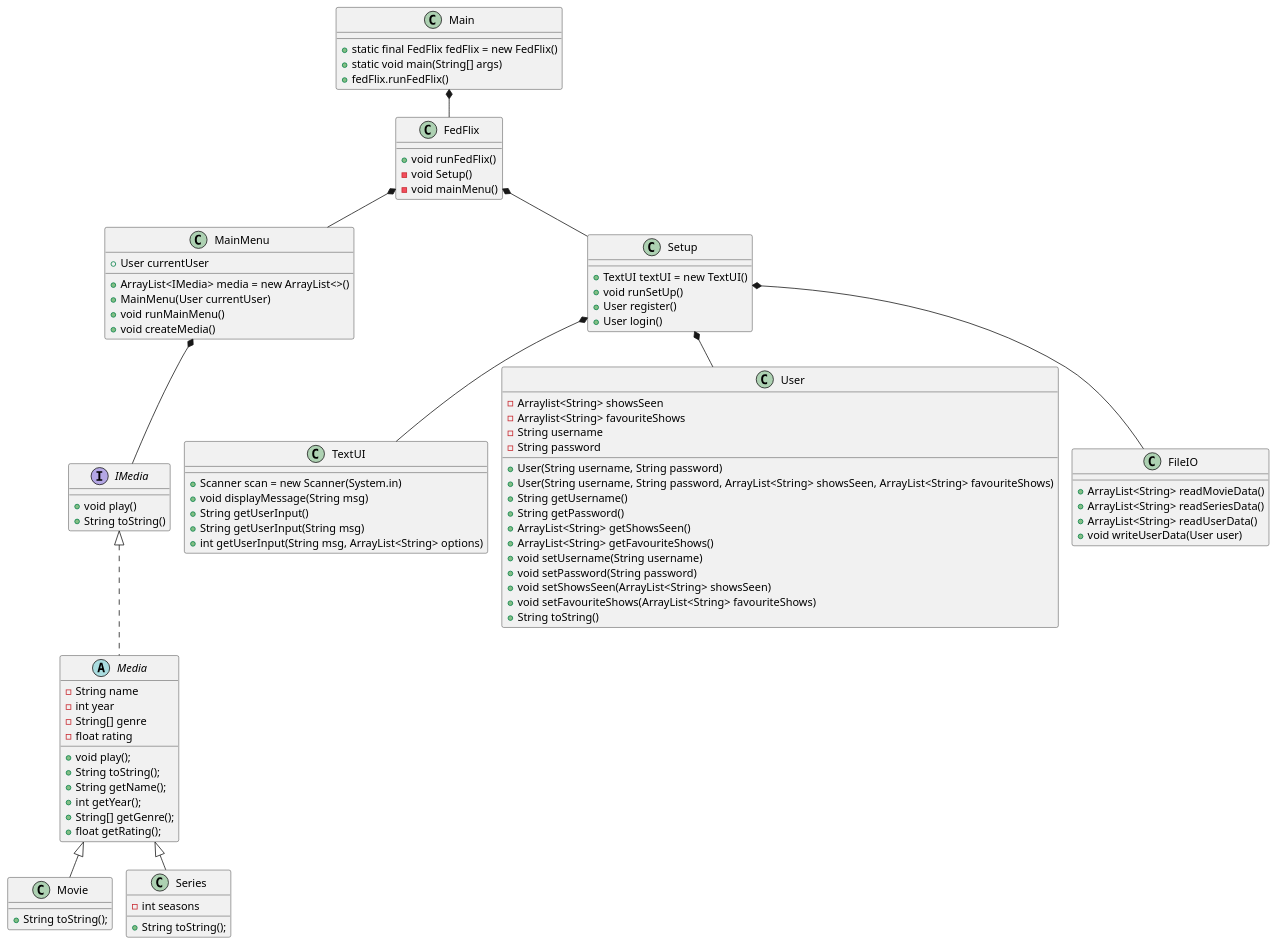
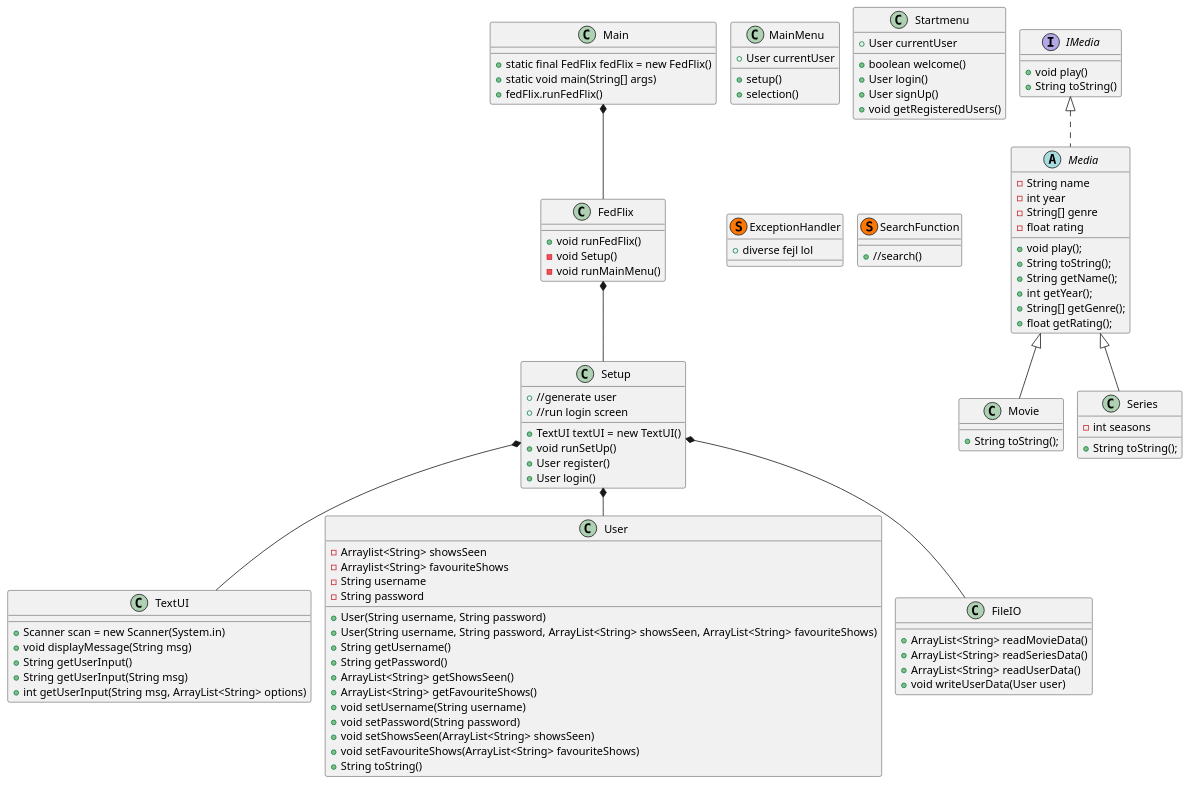
Before and after one commit to Sebbedeb/SP3---Streaming-Service: the diagram in SP03/Documentation/Class Diagram.puml, drawn with PlantUML.

Commit message:
Revert "Update Class Diagram.puml"
This reverts commit 3fe2bbeae2315a3f8260d3d0a1e2c8b33c112db8.

```diff
--- a/SP03/Documentation/Class Diagram.puml
+++ b/SP03/Documentation/Class Diagram.puml
@@ -1,104 +1,108 @@
 @startuml
 'https://plantuml.com/class-diagram
 !pragma layout smetana
 
 class Main
 class MainMenu
+class Startmenu
 class TextUI
 class User
 class FileIO
-/'class ExceptionHandler << (S,#FF7700) >>'/
+class ExceptionHandler << (S,#FF7700) >>
 abstract class Media implements IMedia
 class Movie extends Media
 class Series extends Media
-/'class SearchFunction << (S,#FF7700) >>'/
+class SearchFunction << (S,#FF7700) >>
 class MainMenu
 class FedFlix
 class Setup
 
 Main *-- FedFlix
 FedFlix *-- Setup
-
 Setup *-- User
 Setup *-- FileIO
 Setup *-- TextUI
-
-FedFlix *-- MainMenu
-MainMenu *--IMedia
 
 Main : + static final FedFlix fedFlix = new FedFlix()
 Main : + static void main(String[] args)
 Main : + fedFlix.runFedFlix()
 
 FedFlix : + void runFedFlix()
 FedFlix : - void Setup()
-FedFlix : - void mainMenu()
-
+FedFlix : - void runMainMenu()
 
 Setup : + TextUI textUI = new TextUI()
 Setup : + void runSetUp()
 Setup : + User register()
 Setup : + User login()
 
 
 MainMenu : + User currentUser
-MainMenu : + ArrayList<IMedia> media = new ArrayList<>()
-MainMenu : + MainMenu(User currentUser)
-MainMenu : + void runMainMenu()
-MainMenu : + void createMedia()
+MainMenu : + setup()
+MainMenu : + selection()
 
 
+Setup : + //generate user
+Setup : + //run login screen
 
+SearchFunction : +//search()
+
+Startmenu : + User currentUser
+Startmenu : + boolean welcome()
+Startmenu : + User login()
+Startmenu : + User signUp()
+Startmenu : + void getRegisteredUsers()
 
 FileIO : + ArrayList<String> readMovieData()
 FileIO : + ArrayList<String> readSeriesData()
 FileIO : + ArrayList<String> readUserData()
 FileIO : + void writeUserData(User user)
 
 
 
 User : - Arraylist<String> showsSeen
 User : - Arraylist<String> favouriteShows
 User : - String username
 User : - String password
 User : + User(String username, String password)
 User : + User(String username, String password, ArrayList<String> showsSeen, ArrayList<String> favouriteShows)
 User : + String getUsername()
 User : + String getPassword()
 User : + ArrayList<String> getShowsSeen()
 User : + ArrayList<String> getFavouriteShows()
 User : + void setUsername(String username)
 User : + void setPassword(String password)
 User : + void setShowsSeen(ArrayList<String> showsSeen)
 User : + void setFavouriteShows(ArrayList<String> favouriteShows)
 User : + String toString()
 
 
 IMedia : + void play()
 IMedia : + String toString()
 
 TextUI : + Scanner scan = new Scanner(System.in)
 TextUI : + void displayMessage(String msg)
 TextUI : + String getUserInput()
 TextUI : + String getUserInput(String msg)
 TextUI : + int getUserInput(String msg, ArrayList<String> options)
 
+ExceptionHandler : + diverse fejl lol
 
 Media : -String name
 Media : -int year
 Media : -String[] genre
 Media : -float rating
 Media : + void play();
 Media : + String toString();
 Media : + String getName();
 Media : + int getYear();
 Media : + String[] getGenre();
 Media : + float getRating();
 
 Movie : + String toString();
 
 Series : - int seasons
 Series : + String toString();
 
 
 @enduml
```
